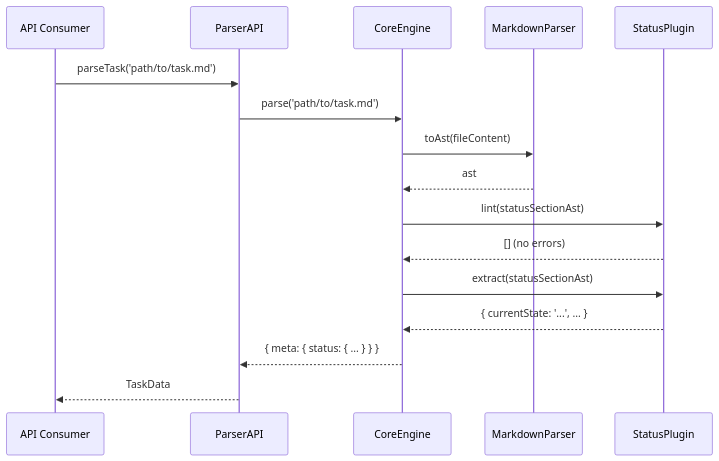
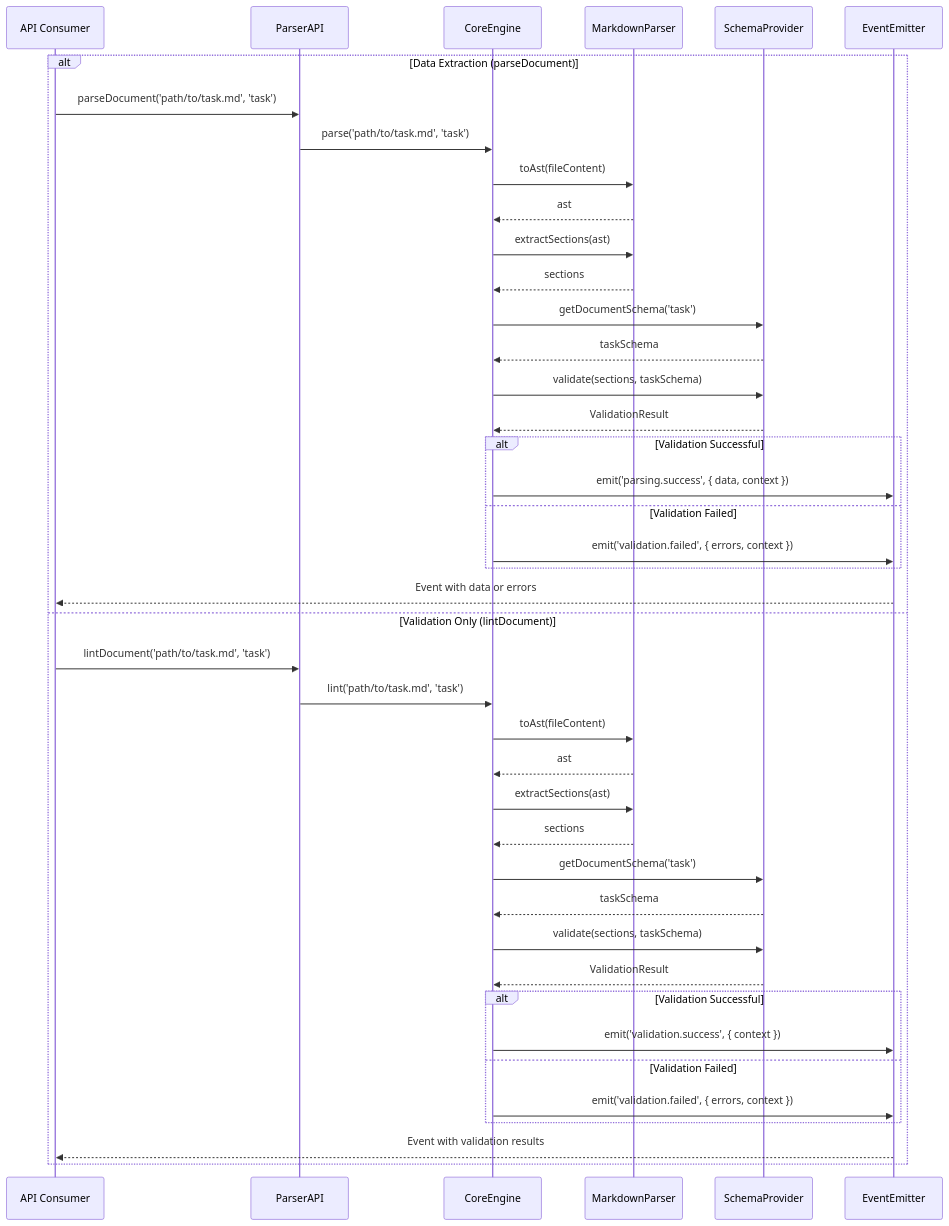
The seventh of 7 diagrams in docs/requirements/p1.p5-doc-parser.plan.md (livelifelively/documentation-driven-development-tools), drawn with Mermaid before and after one commit. The commit also changed other lines of this file and 2 other files, not shown here.

````diff
--- a/docs/requirements/p1.p5-doc-parser.plan.md
+++ b/docs/requirements/p1.p5-doc-parser.plan.md
@@ -301,19 +400,45 @@
 ```mermaid
 sequenceDiagram
     participant Consumer as API Consumer
     participant ParserAPI
     participant CoreEngine
     participant MarkdownParser
-    participant StatusPlugin
+    participant SchemaProvider
+    participant EventEmitter
 
-    Consumer->>ParserAPI: parseTask('path/to/task.md')
-    ParserAPI->>CoreEngine: parse('path/to/task.md')
-    CoreEngine->>MarkdownParser: toAst(fileContent)
-    MarkdownParser-->>CoreEngine: ast
-    CoreEngine->>StatusPlugin: lint(statusSectionAst)
-    StatusPlugin-->>CoreEngine: [] (no errors)
-    CoreEngine->>StatusPlugin: extract(statusSectionAst)
-    StatusPlugin-->>CoreEngine: { currentState: '...', ... }
-    CoreEngine-->>ParserAPI: { meta: { status: { ... } } }
-    ParserAPI-->>Consumer: TaskData
+    alt Data Extraction (parseDocument)
+        Consumer->>ParserAPI: parseDocument('path/to/task.md', 'task')
+        ParserAPI->>CoreEngine: parse('path/to/task.md', 'task')
+        CoreEngine->>MarkdownParser: toAst(fileContent)
+        MarkdownParser-->>CoreEngine: ast
+        CoreEngine->>MarkdownParser: extractSections(ast)
+        MarkdownParser-->>CoreEngine: sections
+        CoreEngine->>SchemaProvider: getDocumentSchema('task')
+        SchemaProvider-->>CoreEngine: taskSchema
+        CoreEngine->>SchemaProvider: validate(sections, taskSchema)
+        SchemaProvider-->>CoreEngine: ValidationResult
+        alt Validation Successful
+            CoreEngine->>EventEmitter: emit('parsing.success', { data, context })
+        else Validation Failed
+            CoreEngine->>EventEmitter: emit('validation.failed', { errors, context })
+        end
+        EventEmitter-->>Consumer: Event with data or errors
+    else Validation Only (lintDocument)
+        Consumer->>ParserAPI: lintDocument('path/to/task.md', 'task')
+        ParserAPI->>CoreEngine: lint('path/to/task.md', 'task')
+        CoreEngine->>MarkdownParser: toAst(fileContent)
+        MarkdownParser-->>CoreEngine: ast
+        CoreEngine->>MarkdownParser: extractSections(ast)
+        MarkdownParser-->>CoreEngine: sections
+        CoreEngine->>SchemaProvider: getDocumentSchema('task')
+        SchemaProvider-->>CoreEngine: taskSchema
+        CoreEngine->>SchemaProvider: validate(sections, taskSchema)
+        SchemaProvider-->>CoreEngine: ValidationResult
+        alt Validation Successful
+            CoreEngine->>EventEmitter: emit('validation.success', { context })
+        else Validation Failed
+            CoreEngine->>EventEmitter: emit('validation.failed', { errors, context })
+        end
+        EventEmitter-->>Consumer: Event with validation results
+    end
 ```
````
